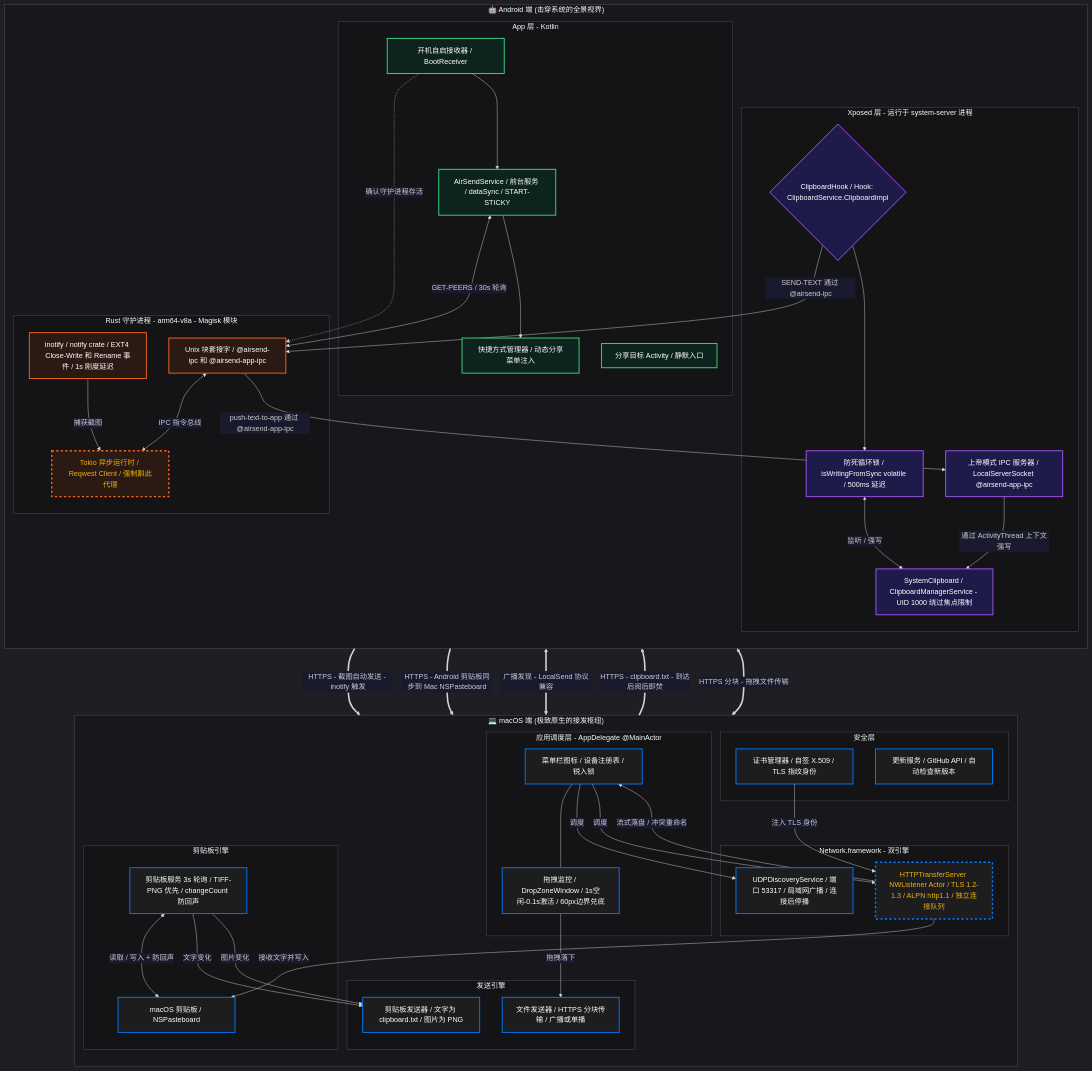
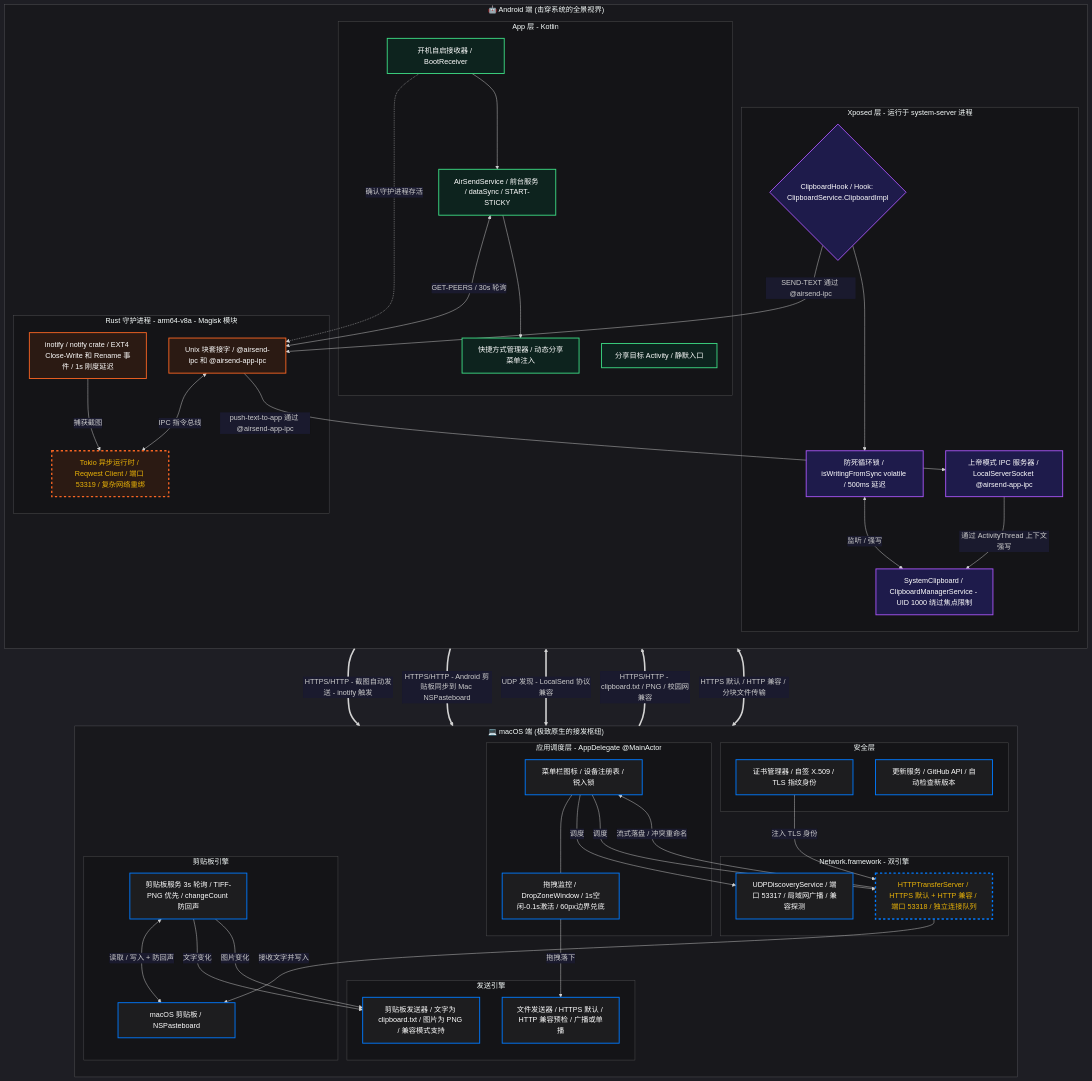
Before and after one commit to Avi7ii/AirSend: the diagram in README.md, drawn with Mermaid. The commit also changed other lines of this file and 34 other files, not shown here.

````diff
--- a/README.md
+++ b/README.md
@@ -135,14 +149,14 @@
         end
 
         subgraph Mac_Network ["Network.framework - 双引擎"]
-            UDP_Disc["UDPDiscoveryService / 端口 53317 / 局域网广播 / 连接后停播"]:::mac_node
-            HTTP_Trans["HTTPTransferServer NWListener Actor / TLS 1.2-1.3 / ALPN http1.1 / 独立连接队列"]:::mac_node
+            UDP_Disc["UDPDiscoveryService / 端口 53317 / 局域网广播 / 兼容探测"]:::mac_node
+            HTTP_Trans["HTTPTransferServer / HTTPS 默认 + HTTP 兼容 / 端口 53318 / 独立连接队列"]:::mac_node
             CertMgr -->|"注入 TLS 身份"| HTTP_Trans
         end
 
         subgraph Mac_Send ["发送引擎"]
-            FileSender["文件发送器 / HTTPS 分块传输 / 广播或单播"]:::mac_node
-            ClipSender["剪贴板发送器 / 文字为 clipboard.txt / 图片为 PNG"]:::mac_node
+            FileSender["文件发送器 / HTTPS 默认 / HTTP 兼容预检 / 广播或单播"]:::mac_node
+            ClipSender["剪贴板发送器 / 文字为 clipboard.txt / 图片为 PNG / 兼容模式支持"]:::mac_node
         end
 
         subgraph Mac_Clipboard ["剪贴板引擎"]
@@ -187,7 +201,7 @@
 
         subgraph Rust_Daemon ["Rust 守护进程 - arm64-v8a - Magisk 模块"]
             inotify["inotify / notify crate / EXT4 Close-Write 和 Rename 事件 / 1s 刚度延迟"]:::daemon_node
-            TokioCore["Tokio 异步运行时 / Reqwest Client / 强制斠此代理"]:::daemon_node
+            TokioCore["Tokio 异步运行时 / Reqwest Client / 端口 53319 / 复杂网络重绑"]:::daemon_node
             UDSServer["Unix 块套接字 / @airsend-ipc 和 @airsend-app-ipc"]:::daemon_node
             inotify -->|"捕获截图"| TokioCore
             UDSServer <-->|"IPC 指令总线"| TokioCore
@@ -202,10 +216,10 @@
     %% ==========================================
     %% 第三部分：局域网双端跨越
     %% ==========================================
-    UDP_Disc <===>|"广播发现 - LocalSend 协议兼容"| TokioCore:::protocol_line
-    TokioCore ==>|"HTTPS - 截图自动发送 - inotify 触发"| HTTP_Trans:::protocol_line
-    ClipSender ==>|"HTTPS - clipboard.txt - 到达后阅后即焚"| TokioCore:::protocol_line
-    TokioCore ==>|"HTTPS - Android 剪贴板同步到 Mac NSPasteboard"| HTTP_Trans:::protocol_line
-    FileSender <==>|"HTTPS 分块 - 拖拽文件传输"| TokioCore:::protocol_line
+    UDP_Disc <===>|"UDP 发现 - LocalSend 协议兼容"| TokioCore:::protocol_line
+    TokioCore ==>|"HTTPS/HTTP - 截图自动发送 - inotify 触发"| HTTP_Trans:::protocol_line
+    ClipSender ==>|"HTTPS/HTTP - clipboard.txt / PNG / 校园网兼容"| TokioCore:::protocol_line
+    TokioCore ==>|"HTTPS/HTTP - Android 剪贴板同步到 Mac NSPasteboard"| HTTP_Trans:::protocol_line
+    FileSender <==>|"HTTPS 默认 / HTTP 兼容 / 分块文件传输"| TokioCore:::protocol_line
 
 ```
````
